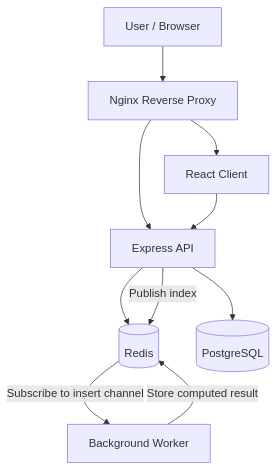
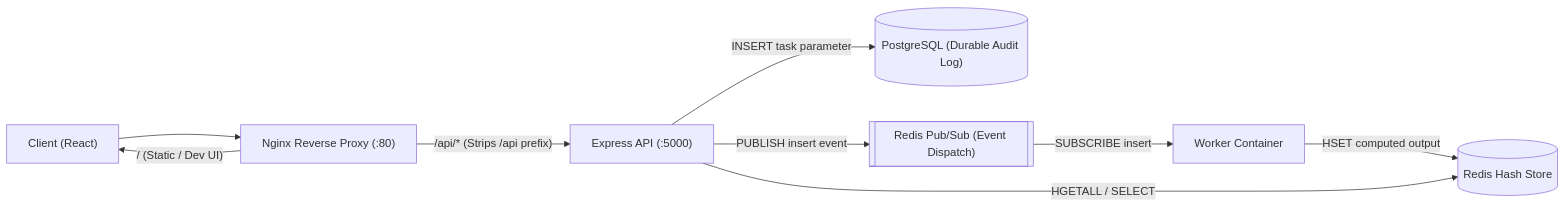
The diagram in README.md (mateusgpedro/distributed-async-task-engine), drawn with Mermaid before and after one commit. The commit also changed other lines of this file, not shown here.

Commit message:
Update README with architecture flow, dual-storage rationale, and trade-offs

````diff
--- a/README.md
+++ b/README.md
@@ -13,20 +10,19 @@
 ```mermaid
-flowchart TD
-    User[User / Browser]
-    Nginx[Nginx Reverse Proxy]
-    Client[React Client]
-    API[Express API]
-    Redis[(Redis)]
-    Postgres[(PostgreSQL)]
-    Worker[Background Worker]
+flowchart LR
+    Client["Client (React)"]
+    Nginx["Nginx Reverse Proxy (:80)"]
+    API["Express API (:5000)"]
+    Postgres[("PostgreSQL (Durable Audit Log)")]
+    PubSub[["Redis Pub/Sub (Event Dispatch)"]]
+    Worker["Worker Container"]
+    HashStore[("Redis Hash Store")]
 
-    User --> Nginx
-    Nginx --> Client
-    Nginx --> API
-    Client --> API
-    API --> Postgres
-    API --> Redis
-    API -->|Publish index| Redis
-    Redis -->|Subscribe to insert channel| Worker
-    Worker -->|Store computed result| Redis
+    Client --> Nginx
+    Nginx -->|"/ (Static / Dev UI)"| Client
+    Nginx -->|"/api/* (Strips /api prefix)"| API
+    API -->|"INSERT task parameter"| Postgres
+    API -->|"PUBLISH insert event"| PubSub
+    PubSub -->|"SUBSCRIBE insert"| Worker
+    Worker -->|"HSET computed output"| HashStore
+    API -->|"HGETALL / SELECT"| HashStore
 ```
````
